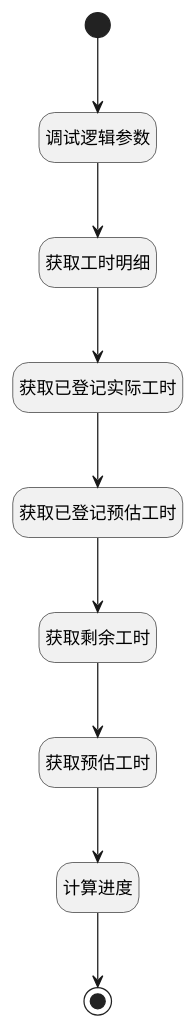
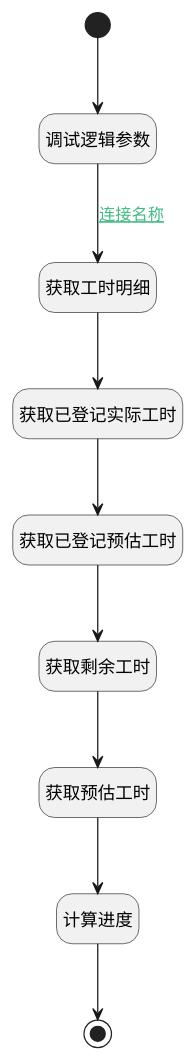
The diagram in doc/docsify/module/Base/workload/logic/get_register_workload.md (iBizLab/plm), drawn with PlantUML before and after one commit. The commit also changed other lines of this file and 2903 other files, not shown here.

````diff
--- a/doc/docsify/module/Base/workload/logic/get_register_workload.md
+++ b/doc/docsify/module/Base/workload/logic/get_register_workload.md
@@ -7,33 +7,33 @@
 ```plantuml
 @startuml
 hide empty description
 <style>
 root {
   HyperlinkColor #42b983
 }
 </style>
 
 hide empty description
 state "开始" as Begin <<start>> [[$./get_register_workload#begin {"开始"}]]
 state "调试逻辑参数" as DEBUGPARAM1  [[$./get_register_workload#debugparam1 {"调试逻辑参数"}]]
 state "获取工时明细" as DEACTION1  [[$./get_register_workload#deaction1 {"获取工时明细"}]]
 state "获取已登记实际工时" as RAWSQLCALL1  [[$./get_register_workload#rawsqlcall1 {"获取已登记实际工时"}]]
 state "获取已登记预估工时" as RAWSQLCALL4  [[$./get_register_workload#rawsqlcall4 {"获取已登记预估工时"}]]
 state "获取剩余工时" as RAWSQLCALL2  [[$./get_register_workload#rawsqlcall2 {"获取剩余工时"}]]
 state "获取预估工时" as RAWSQLCALL3  [[$./get_register_workload#rawsqlcall3 {"获取预估工时"}]]
 state "计算进度" as RAWSFCODE1  [[$./get_register_workload#rawsfcode1 {"计算进度"}]]
 state "结束" as END1 <<end>> [[$./get_register_workload#end1 {"结束"}]]
 
 
 Begin --> DEBUGPARAM1
-DEBUGPARAM1 --> DEACTION1
+DEBUGPARAM1 --> DEACTION1 : [[$./get_register_workload#debugparam1-deaction1{连接名称} 连接名称]]
 DEACTION1 --> RAWSQLCALL1
 RAWSQLCALL1 --> RAWSQLCALL4
 RAWSQLCALL4 --> RAWSQLCALL2
 RAWSQLCALL2 --> RAWSQLCALL3
 RAWSQLCALL3 --> RAWSFCODE1
 RAWSFCODE1 --> END1
 
 
 @enduml
 ```
````
